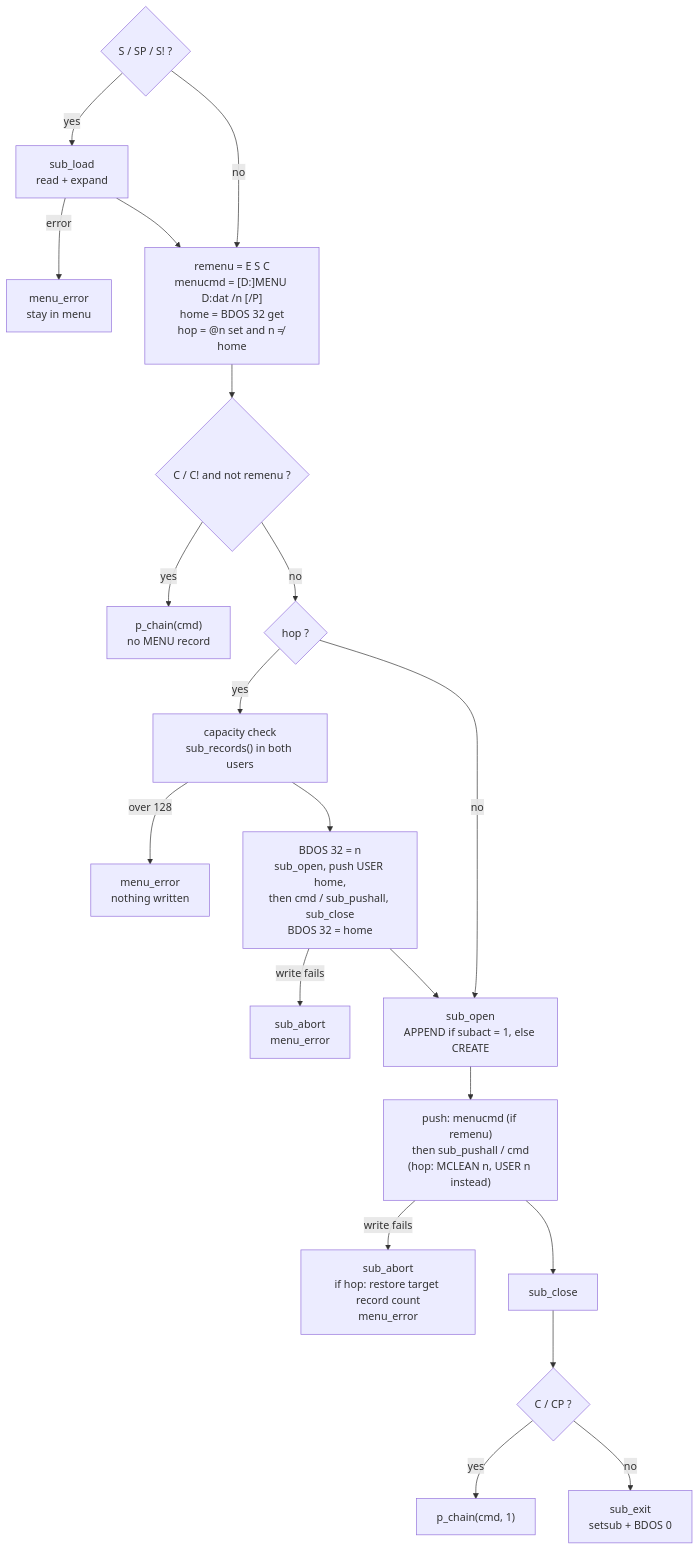
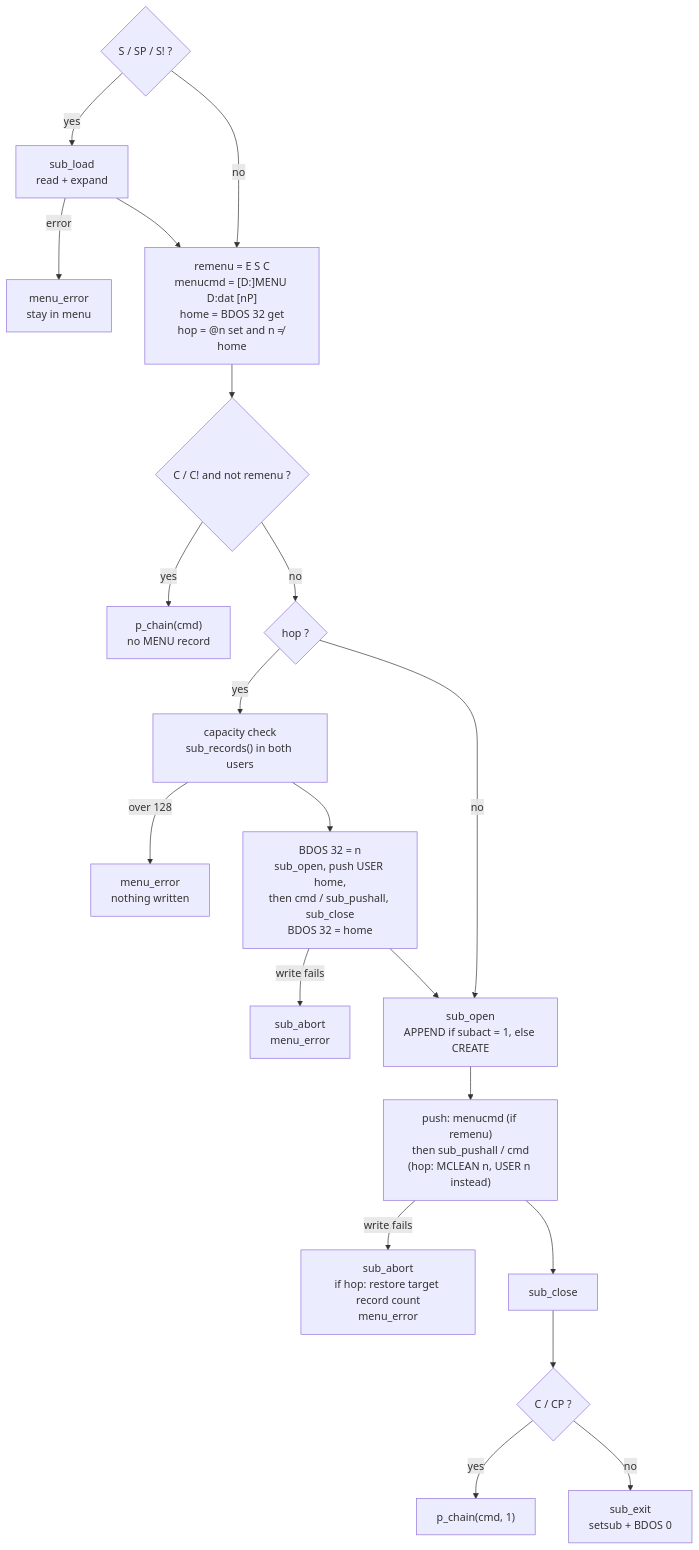
The fifth of 6 diagrams in implementation.md (tsupplis/cpm86-menu), drawn with Mermaid before and after one commit. The commit also changed other lines of this file and 25 other files, not shown here.

````diff
--- a/implementation.md
+++ b/implementation.md
@@ -140,22 +140,22 @@
 ```mermaid
 flowchart TD
     S0{"S / SP / S! ?"} -- yes --> RS["sub_load<br/>read + expand"]
     RS -- error --> ER["menu_error<br/>stay in menu"]
     RS --> M1
-    S0 -- no --> M1["remenu = E S C<br/>menucmd = [D:]MENU D:dat /n [/P]<br/>home = BDOS 32 get<br/>hop = @n set and n ≠ home"]
+    S0 -- no --> M1["remenu = E S C<br/>menucmd = [D:]MENU D:dat [nP]<br/>home = BDOS 32 get<br/>hop = @n set and n ≠ home"]
     M1 --> C0{"C / C! and not remenu ?"}
     C0 -- yes --> CH["p_chain(cmd)<br/>no MENU record"]
     C0 -- no --> H0{"hop ?"}
     H0 -- yes --> CK["capacity check<br/>sub_records() in both users"]
     CK -- "over 128" --> ER2["menu_error<br/>nothing written"]
     CK --> AL["BDOS 32 = n<br/>sub_open, push USER home,<br/>then cmd / sub_pushall, sub_close<br/>BDOS 32 = home"]
     AL -- "write fails" --> AB2["sub_abort<br/>menu_error"]
     AL --> OP
     H0 -- no --> OP["sub_open<br/>APPEND if subact = 1, else CREATE"]
     OP --> PU["push: menucmd (if remenu)<br/>then sub_pushall / cmd<br/>(hop: MCLEAN n, USER n instead)"]
     PU -- "write fails" --> AB["sub_abort<br/>if hop: restore target record count<br/>menu_error"]
     PU --> CL["sub_close"]
     CL --> W{"C / CP ?"}
     W -- yes --> PC["p_chain(cmd, 1)"]
     W -- no --> SE["sub_exit<br/>setsub + BDOS 0"]
 ```
````
